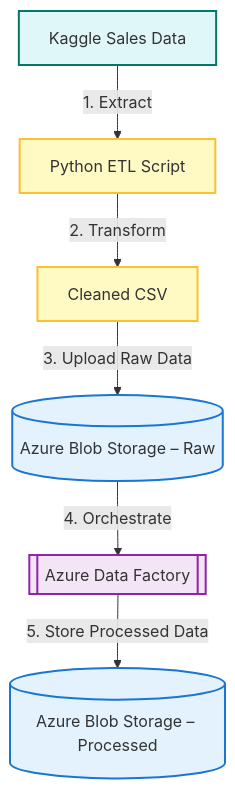
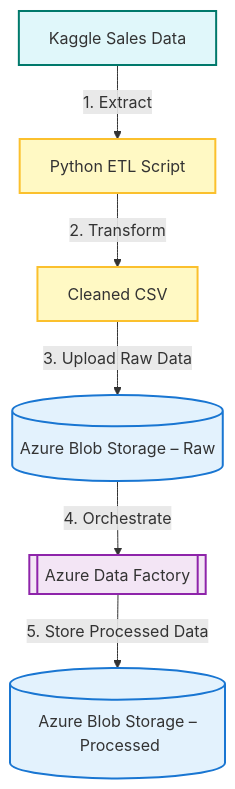
One commit to alexvidi/Azure-ETL-Project-Terraform-GitHubActions changed the diagram in README.md. Above: the diagram before and after it, drawn with Mermaid.

Commit message:
mermaid fixed

````diff
--- a/README.md
+++ b/README.md
@@ -44,22 +44,22 @@
 ```mermaid
 flowchart TB
-    %% Nodes
-    A[Kaggle Sales Data] -->|1. Extract| B[Python ETL Script]
-    B -->|2. Transform| C[Cleaned CSV]
-    C -->|3. Upload Raw Data| D[(Azure Blob Storage – Raw)]
-    D -->|4. Orchestrate| E[[Azure Data Factory]]
-    E -->|5. Store Processed Data| F[(Azure Blob Storage – Processed)]
+    %% ETL flow with quoted labels
+    A[Kaggle Sales Data] -->|"1. Extract"| B[Python ETL Script]
+    B -->|"2. Transform"| C[Cleaned CSV]
+    C -->|"3. Upload Raw Data"| D[(Azure Blob Storage – Raw)]
+    D -->|"4. Orchestrate"| E[[Azure Data Factory]]
+    E -->|"5. Store Processed Data"| F[(Azure Blob Storage – Processed)]
 
     %% Styling
-    classDef extraction fill:#e0f7fa,stroke:#00796b,stroke-width:2px;
-    classDef transformation fill:#fff9c4,stroke:#fbc02d,stroke-width:2px;
-    classDef storage fill:#e3f2fd,stroke:#1976d2,stroke-width:2px;
-    classDef orchestration fill:#f3e5f5,stroke:#8e24aa,stroke-width:2px;
+    classDef extraction      fill:#e0f7fa,stroke:#00796b,stroke-width:2px;
+    classDef transformation  fill:#fff9c4,stroke:#fbc02d,stroke-width:2px;
+    classDef storage         fill:#e3f2fd,stroke:#1976d2,stroke-width:2px;
+    classDef orchestration   fill:#f3e5f5,stroke:#8e24aa,stroke-width:2px;
 
     class A extraction;
     class B transformation;
     class C transformation;
     class D storage;
     class E orchestration;
     class F storage;
 ```
````
